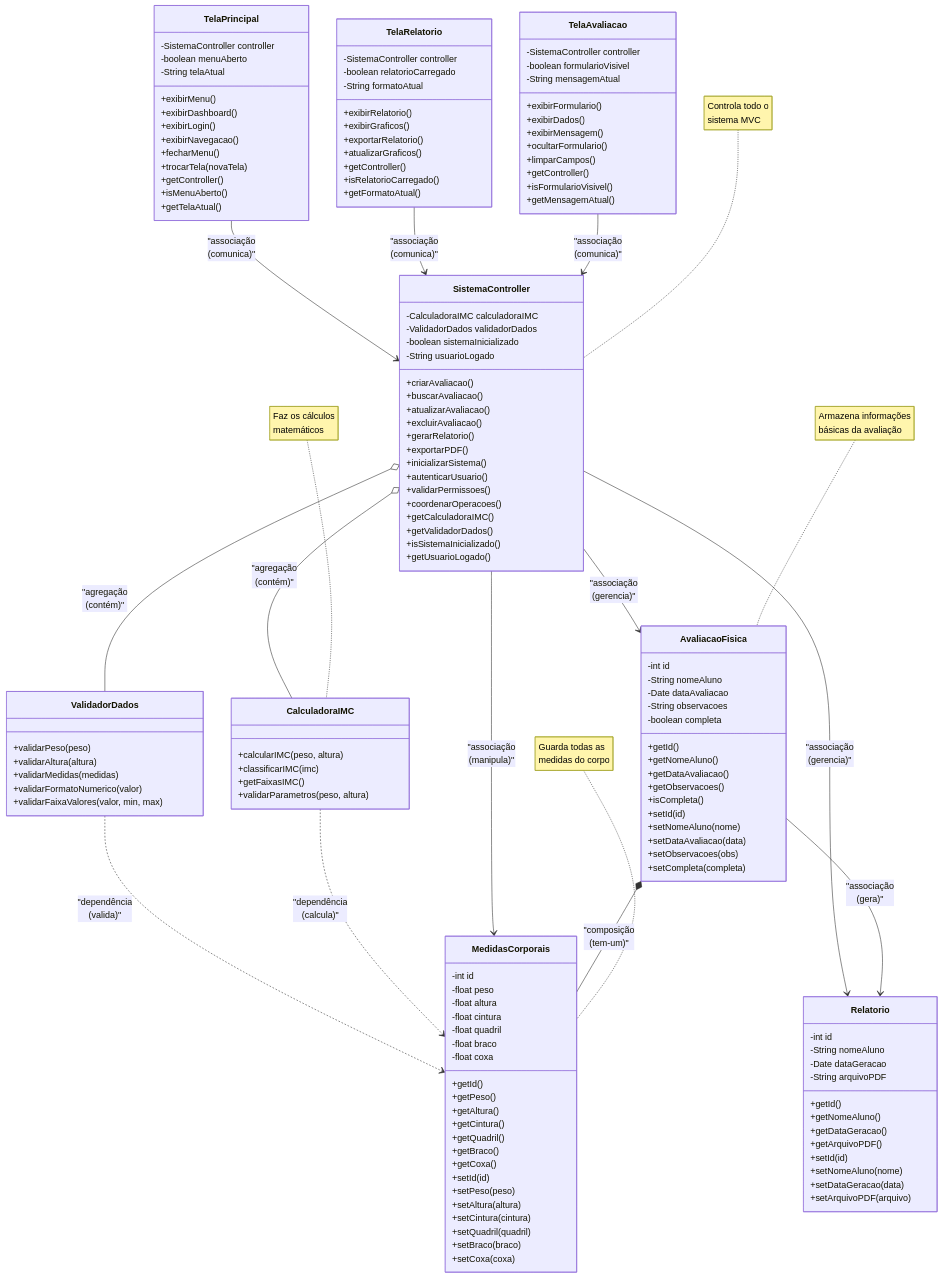
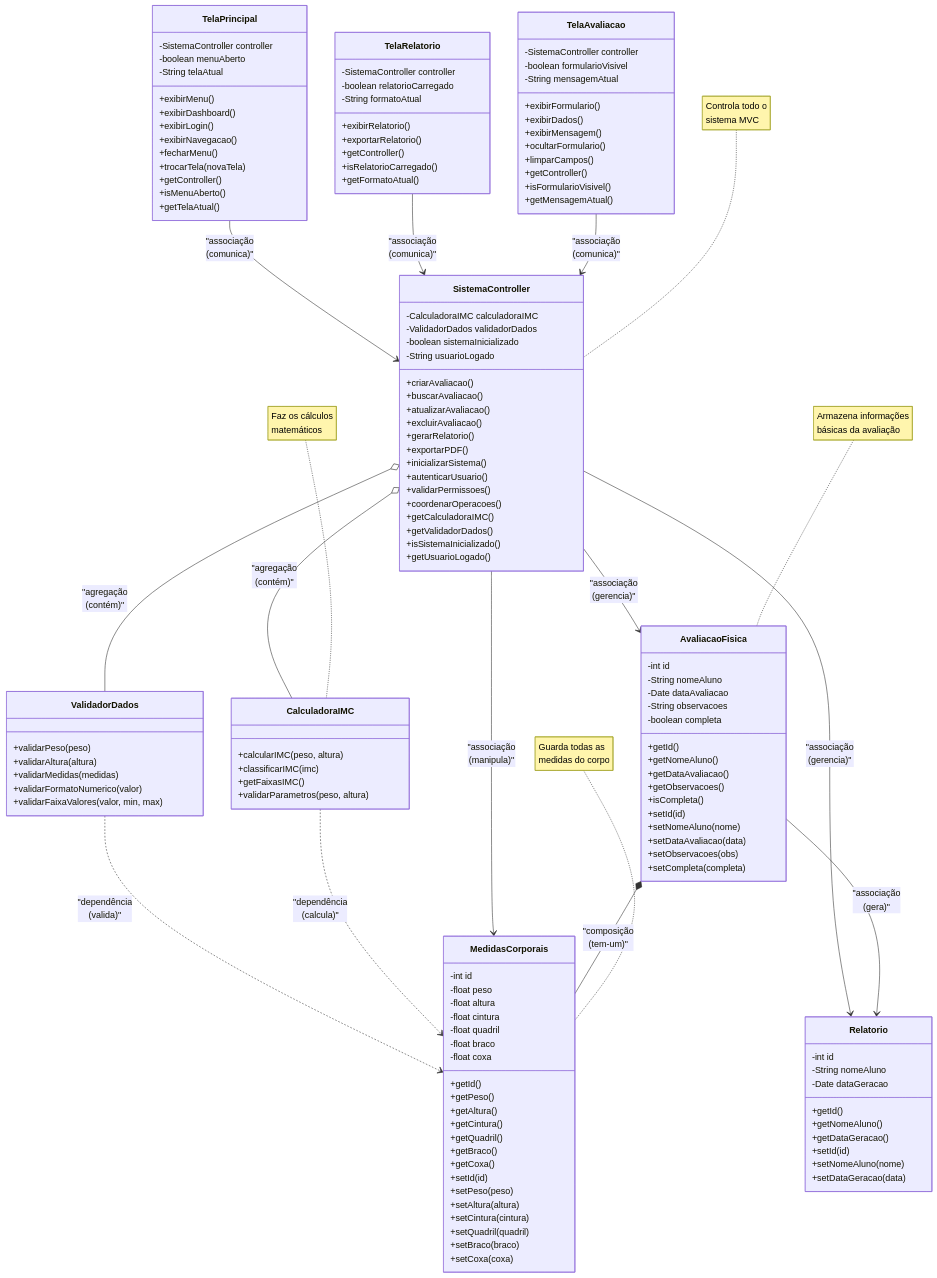
The diagram in diagrama_classes.md (elainefabiola/Registro-de-evolu-o-f-sica), drawn with Mermaid before and after one commit. The commit also changed other lines of this file, not shown here.

```diff
--- a/diagrama_classes.md
+++ b/diagrama_classes.md
@@ -54,15 +54,12 @@
         -int id
         -String nomeAluno
         -Date dataGeracao
-        -String arquivoPDF
         +getId()
         +getNomeAluno()
         +getDataGeracao()
-        +getArquivoPDF()
         +setId(id)
         +setNomeAluno(nome)
         +setDataGeracao(data)
-        +setArquivoPDF(arquivo)
     }
 
     %% ===== LÓGICA DE NEGÓCIO (SERVICES) =====
@@ -129,9 +126,7 @@
         -boolean relatorioCarregado
         -String formatoAtual
         +exibirRelatorio()
-        +exibirGraficos()
         +exportarRelatorio()
-        +atualizarGraficos()
         +getController()
         +isRelatorioCarregado()
         +getFormatoAtual()
```
